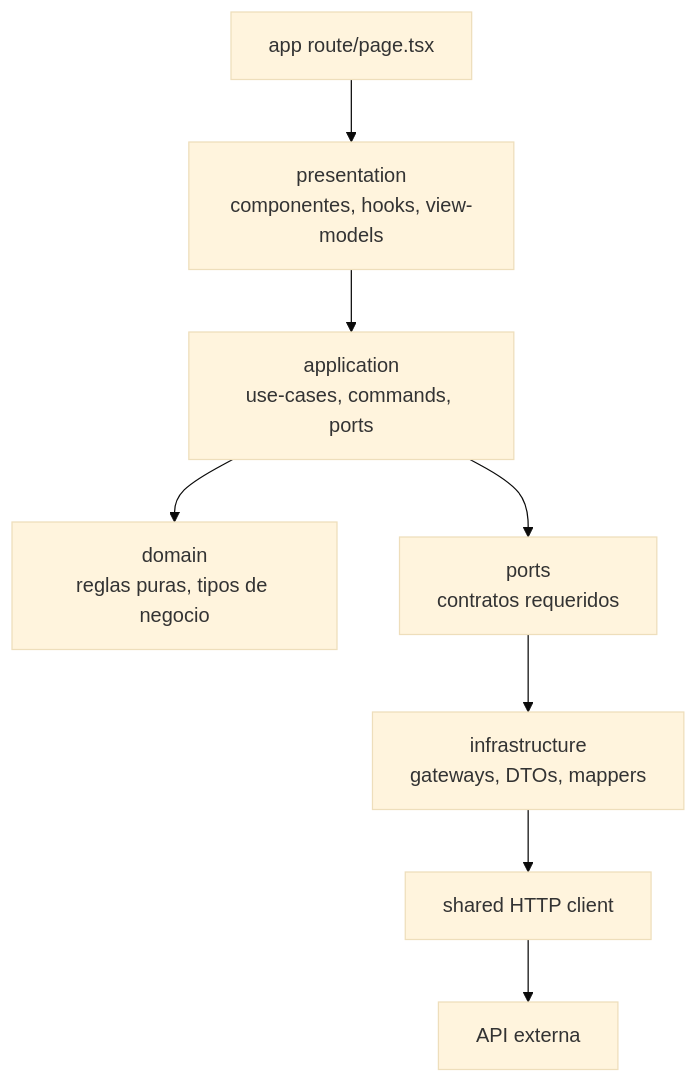
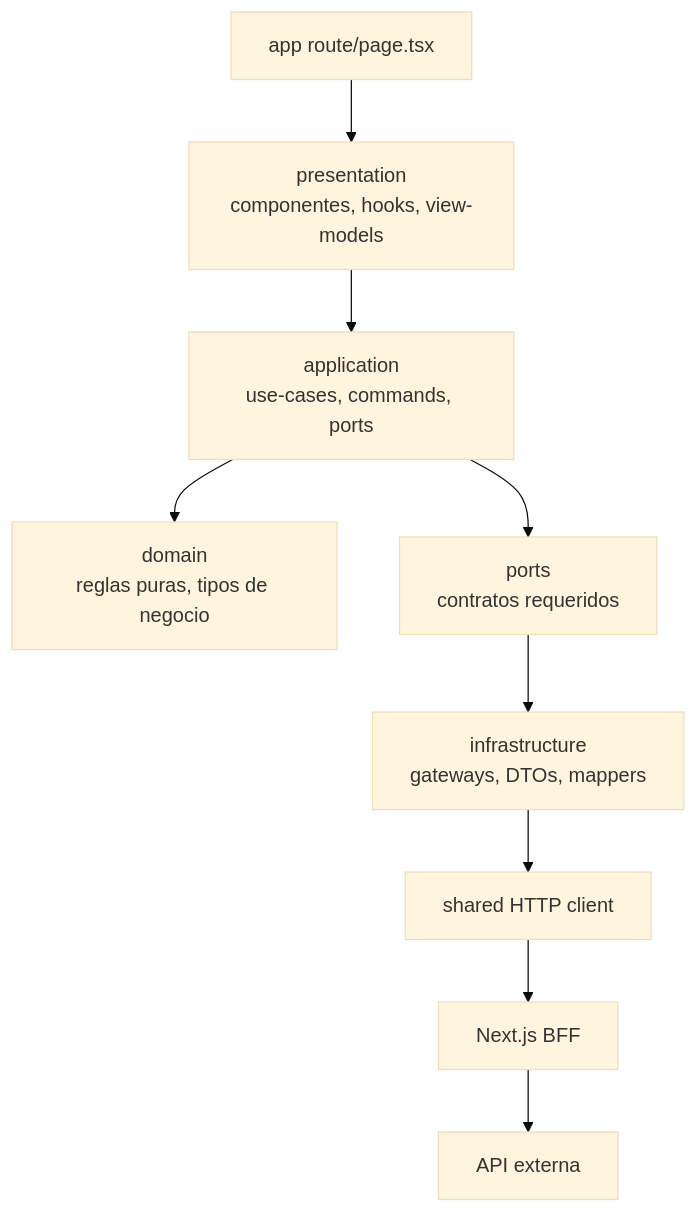
One commit to luismiguelgs/ciunac-sol-1.3 changed the third of 10 diagrams in docs/architecture/complete-architecture.md. Above: the diagram before and after it, drawn with Mermaid (base theme). The commit also changed other lines of this file and 88 other files, not shown here.

````diff
--- a/docs/architecture/complete-architecture.md
+++ b/docs/architecture/complete-architecture.md
@@ -72,10 +77,11 @@
 ```mermaid
 flowchart TD
     Route["app route/page.tsx"] --> Presentation["presentation\ncomponentes, hooks, view-models"]
     Presentation --> Application["application\nuse-cases, commands, ports"]
     Application --> Domain["domain\nreglas puras, tipos de negocio"]
     Application --> Ports["ports\ncontratos requeridos"]
     Ports --> Infrastructure["infrastructure\ngateways, DTOs, mappers"]
     Infrastructure --> SharedHttp["shared HTTP client"]
-    SharedHttp --> ExternalApi["API externa"]
+    SharedHttp --> BFF["Next.js BFF"]
+    BFF --> ExternalApi["API externa"]
 ```
````
